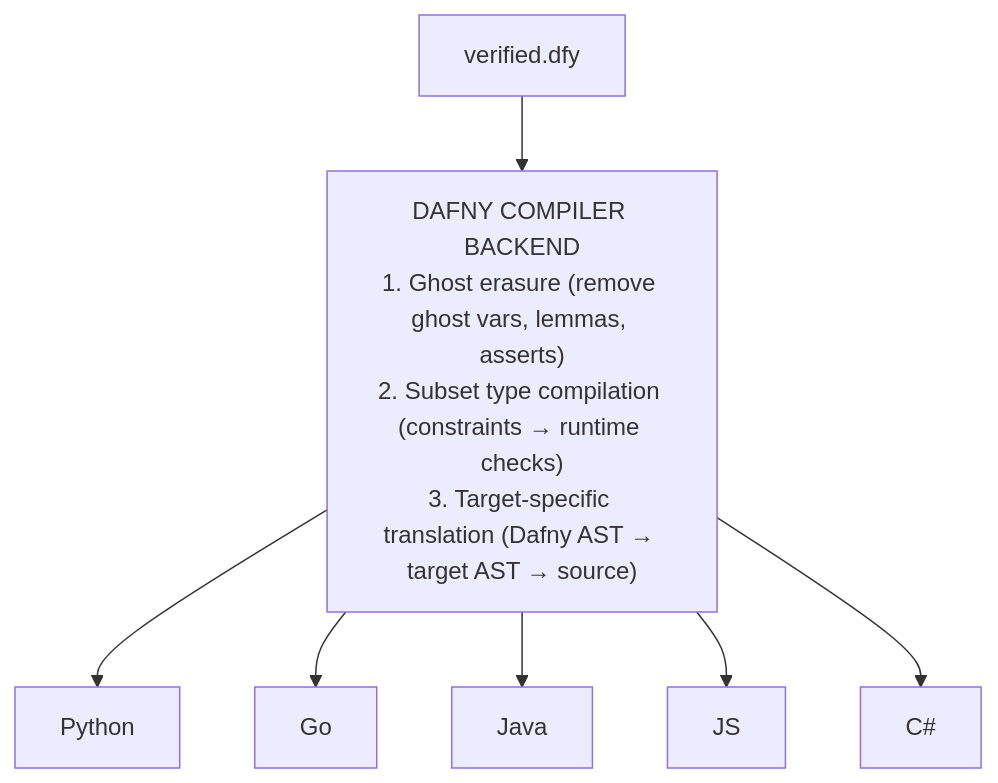
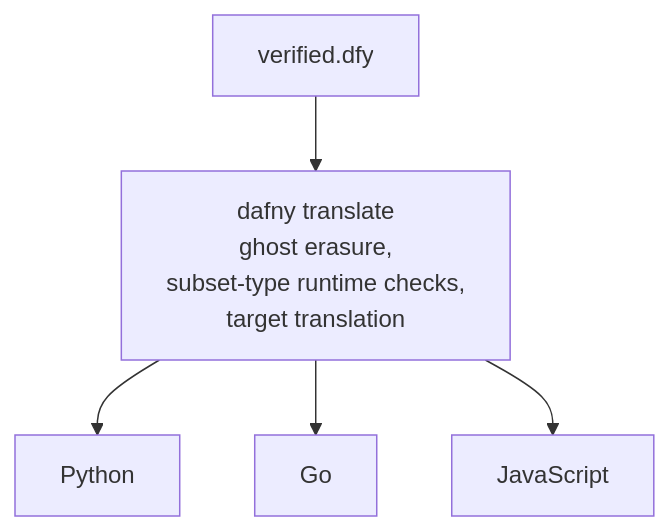
Before and after one commit to HardMax71/spec_to_rest: the second of 2 diagrams in docs/content/docs/research/llm_verifier_synthesis/dafny.md, drawn with Mermaid. The commit also changed other lines of this file, not shown here.

First line of the commit message:
docs(research): rewrite the Dafny page against the real translate path

````diff
--- a/docs/content/docs/research/llm_verifier_synthesis/dafny.md
+++ b/docs/content/docs/research/llm_verifier_synthesis/dafny.md
@@ -55,9 +48,7 @@
 ```mermaid
 flowchart TD
-  src["verified.dfy"] --> BE["DAFNY COMPILER BACKEND\n1. Ghost erasure (remove ghost vars, lemmas, asserts)\n2. Subset type compilation (constraints → runtime checks)\n3. Target-specific translation (Dafny AST → target AST → source)"]
+  src["verified.dfy"] --> BE["dafny translate<br/>ghost erasure,<br/>subset-type runtime checks,<br/>target translation"]
   BE --> Python
   BE --> Go
-  BE --> Java
-  BE --> JS
-  BE --> CSharp["C#"]
+  BE --> JavaScript
 ```
````
